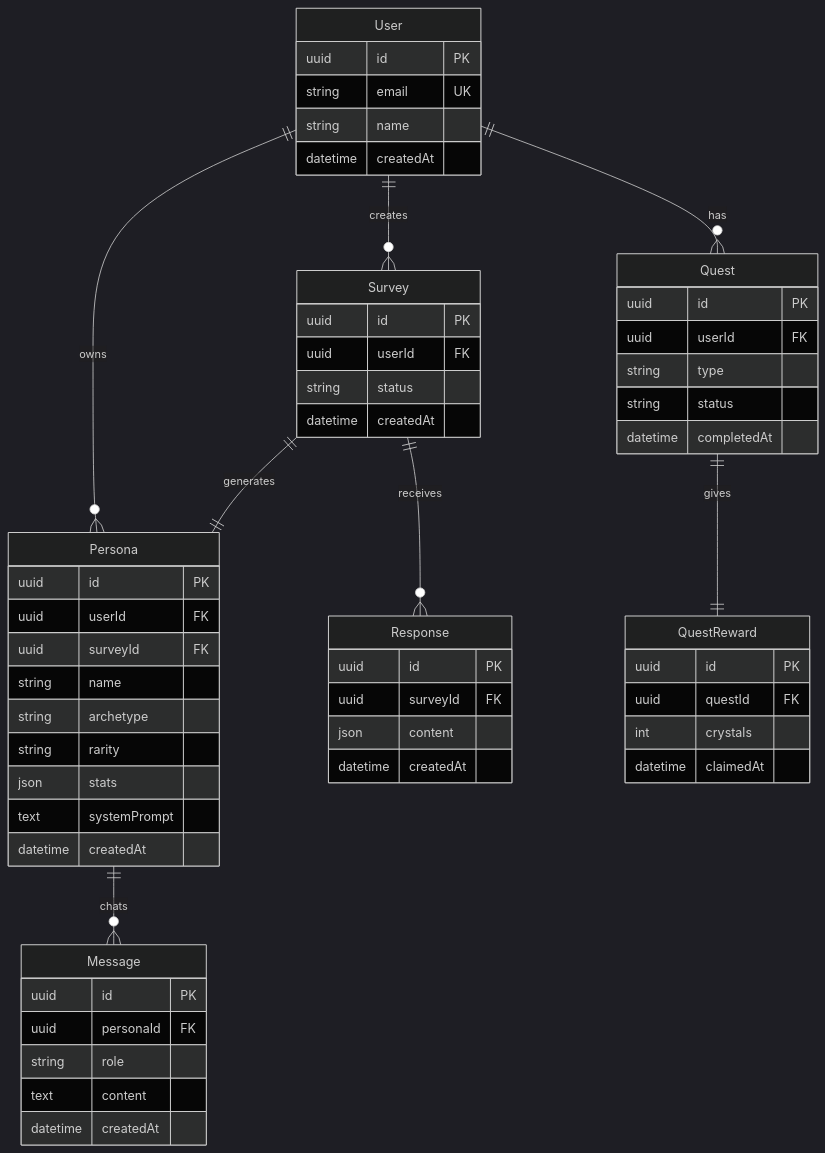
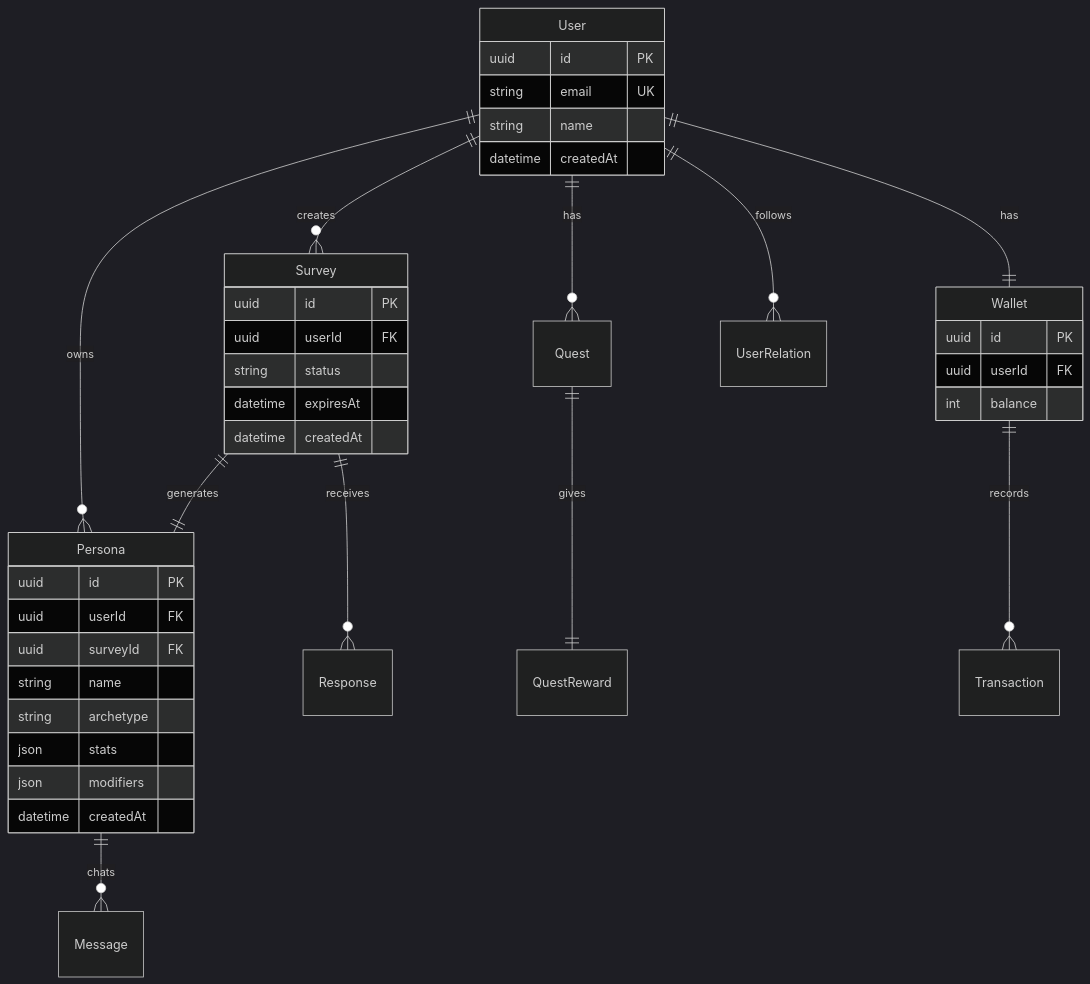
Before and after one commit to salieri009/Re-MirAI: the diagram in docs/03-planning/07-Database-Schema.md, drawn with Mermaid (dark theme). The commit also changed other lines of this file and 6 other files, not shown here.

````diff
--- a/docs/03-planning/07-Database-Schema.md
+++ b/docs/03-planning/07-Database-Schema.md
@@ -30,66 +30,45 @@
 ```mermaid
 erDiagram
     User ||--o{ Survey : creates
     User ||--o{ Persona : owns
     User ||--o{ Quest : has
+    User ||--|| Wallet : has
+    User ||--o{ UserRelation : follows
     Survey ||--o{ Response : receives
     Survey ||--|| Persona : generates
     Persona ||--o{ Message : chats
     Quest ||--|| QuestReward : gives
+    Wallet ||--o{ Transaction : records
     
     User {
         uuid id PK
         string email UK
         string name
         datetime createdAt
     }
     
     Survey {
         uuid id PK
         uuid userId FK
         string status
-        datetime createdAt
-    }
-    
-    Response {
-        uuid id PK
-        uuid surveyId FK
-        json content
+        datetime expiresAt
         datetime createdAt
     }
     
     Persona {
         uuid id PK
         uuid userId FK
         uuid surveyId FK
         string name
         string archetype
-        string rarity
         json stats
-        text systemPrompt
+        json modifiers
         datetime createdAt
     }
     
-    Message {
-        uuid id PK
-        uuid personaId FK
-        string role
-        text content
-        datetime createdAt
-    }
-    
-    Quest {
+    Wallet {
         uuid id PK
         uuid userId FK
-        string type
-        string status
-        datetime completedAt
-    }
-    
-    QuestReward {
-        uuid id PK
-        uuid questId FK
-        int crystals
-        datetime claimedAt
+        int balance
     }
 ```
````
